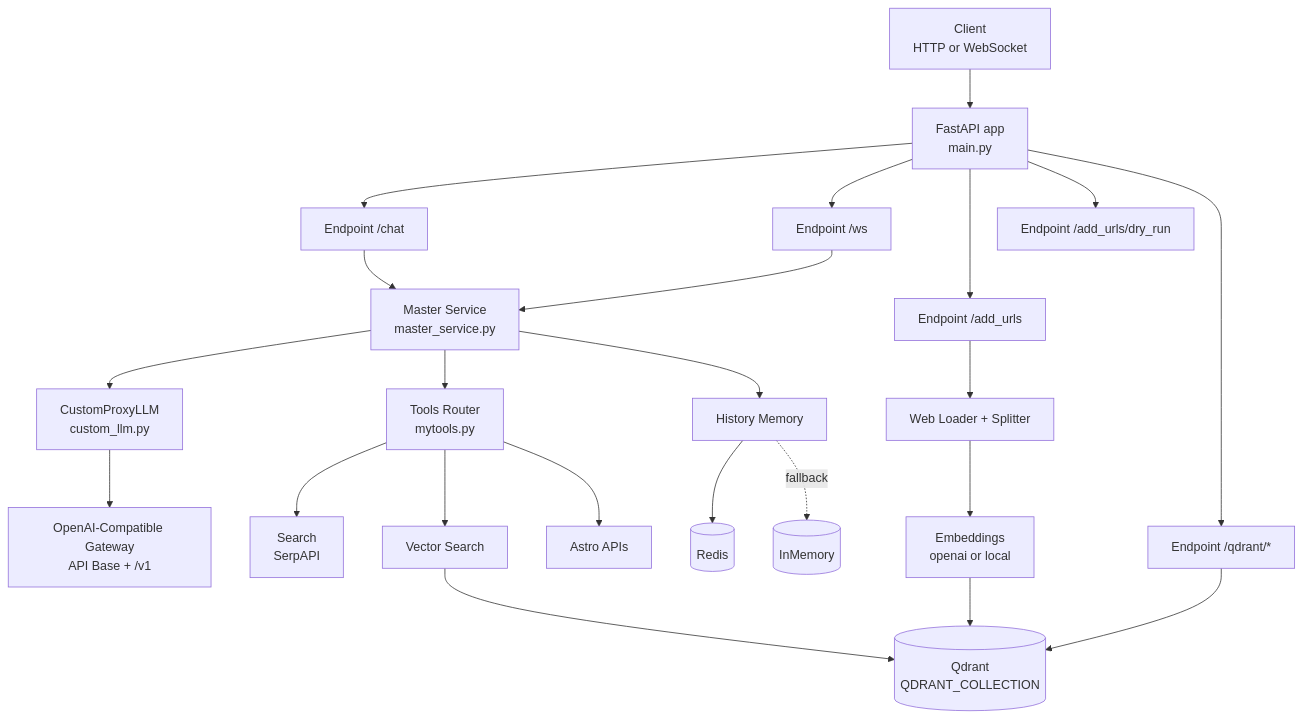
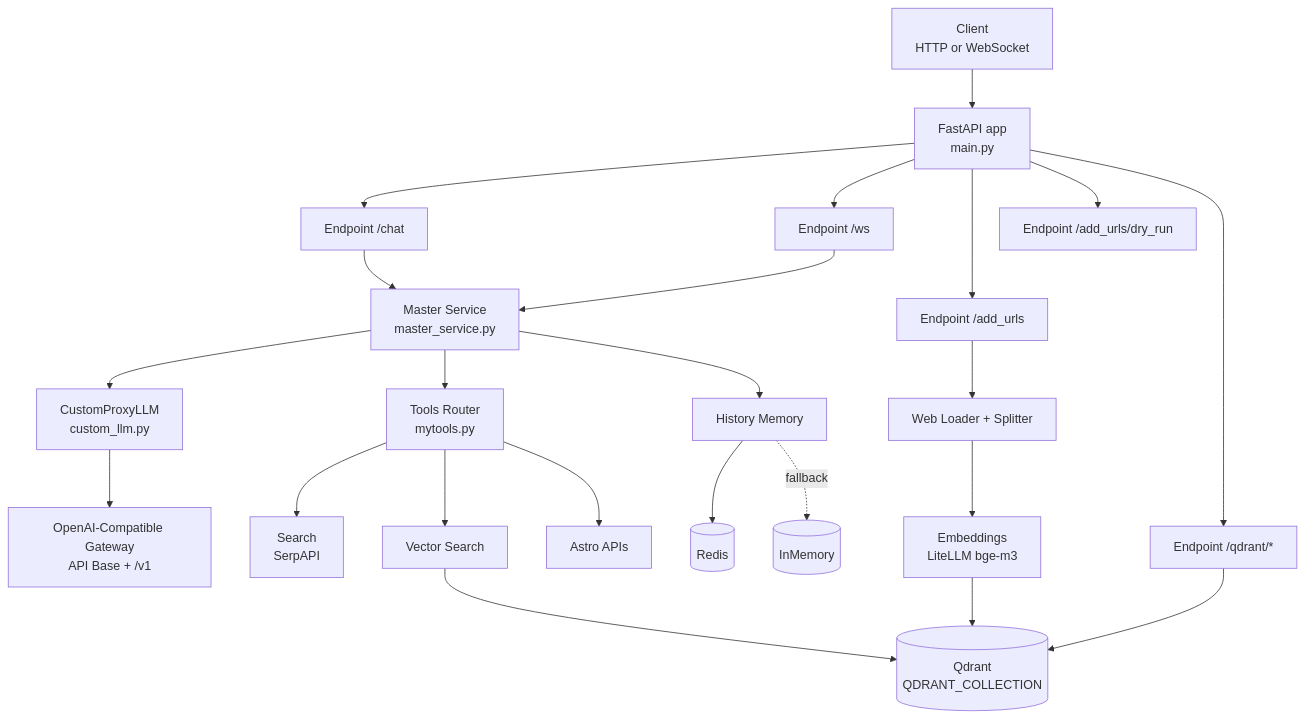
The diagram in bot/readme.md (antinomies-cn/agent), drawn with Mermaid before and after one commit. The commit also changed other lines of this file and 10 other files, not shown here.

First line of the commit message:
Refactor embedding handling and integrate LiteLLM

````diff
--- a/bot/readme.md
+++ b/bot/readme.md
@@ -376,33 +381,33 @@
 ```mermaid
 flowchart TD
     U["Client<br>HTTP or WebSocket"] --> A["FastAPI app<br>main.py"]
 
     A --> C1["Endpoint /chat"]
     A --> C2["Endpoint /ws"]
     A --> C3["Endpoint /add_urls"]
     A --> C4["Endpoint /add_urls/dry_run"]
     A --> C5["Endpoint /qdrant/*"]
 
     C1 --> M["Master Service<br>master_service.py"]
     C2 --> M
 
     M --> L["CustomProxyLLM<br>custom_llm.py"]
     M --> T["Tools Router<br>mytools.py"]
     M --> H["History Memory"]
 
     H --> R[("Redis")]
     H -.fallback.-> IM[("InMemory")]
 
     T --> S1["Search<br>SerpAPI"]
     T --> S2["Vector Search"]
     T --> S3["Astro APIs"]
 
     C3 --> W["Web Loader + Splitter"]
-    W --> E["Embeddings<br>openai or local"]
+    W --> E["Embeddings<br>LiteLLM bge-m3"]
     E --> Q[("Qdrant<br>QDRANT_COLLECTION")]
 
     S2 --> Q
     C5 --> Q
 
     L --> OAI["OpenAI-Compatible Gateway<br>API Base + /v1"]
 ```
````
